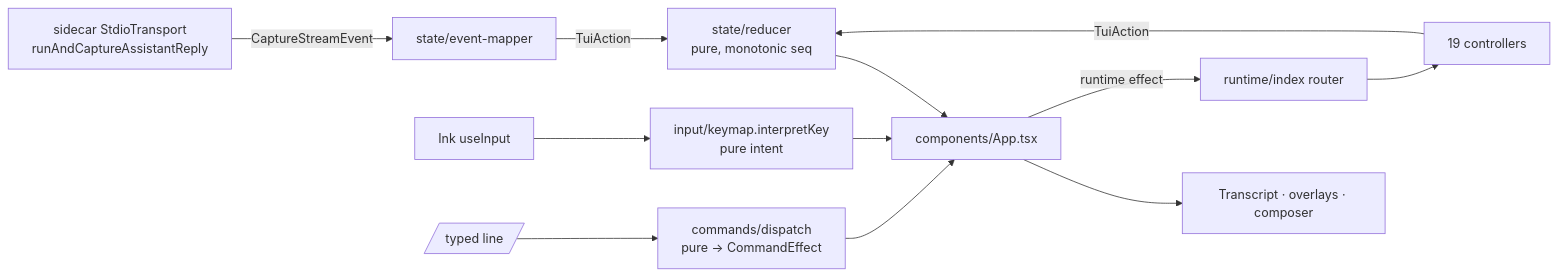
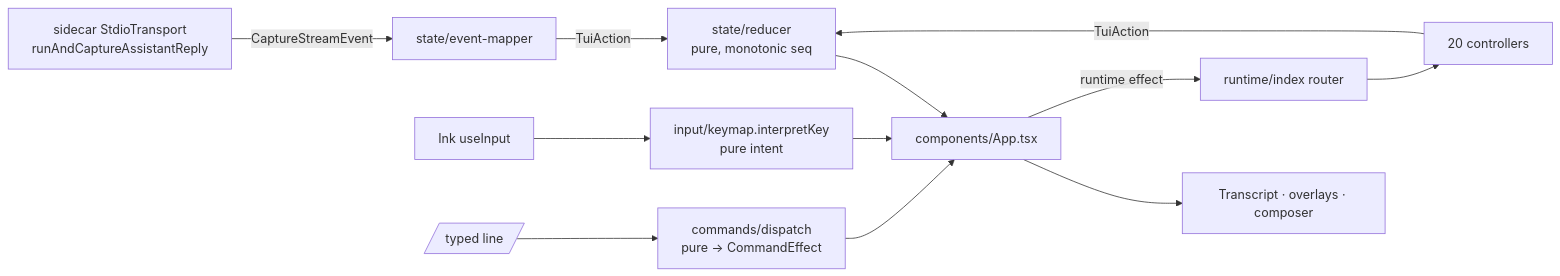
Before and after one commit to MaxQian888/cognia-next: the diagram in docs/content/docs/en/subsystems/cognia-agent-tui.mdx, drawn with Mermaid. The commit also changed other lines of this file and 21 other files, not shown here.

````diff
--- a/docs/content/docs/en/subsystems/cognia-agent-tui.mdx
+++ b/docs/content/docs/en/subsystems/cognia-agent-tui.mdx
@@ -59,11 +59,11 @@
 ```mermaid
 flowchart LR
   SC[sidecar StdioTransport<br/>runAndCaptureAssistantReply] -- CaptureStreamEvent --> EM[state/event-mapper]
   EM -- TuiAction --> RED[state/reducer<br/>pure, monotonic seq]
   RED --> APP[components/App.tsx]
   APP --> TR[Transcript · overlays · composer]
   KEY[Ink useInput] --> KM[input/keymap.interpretKey<br/>pure intent] --> APP
   CMD[/typed line/] --> DSP[commands/dispatch<br/>pure → CommandEffect] --> APP
-  APP -- runtime effect --> RT[runtime/index router] --> CTL[19 controllers]
+  APP -- runtime effect --> RT[runtime/index router] --> CTL[20 controllers]
   CTL -- TuiAction --> RED
 ```
````
